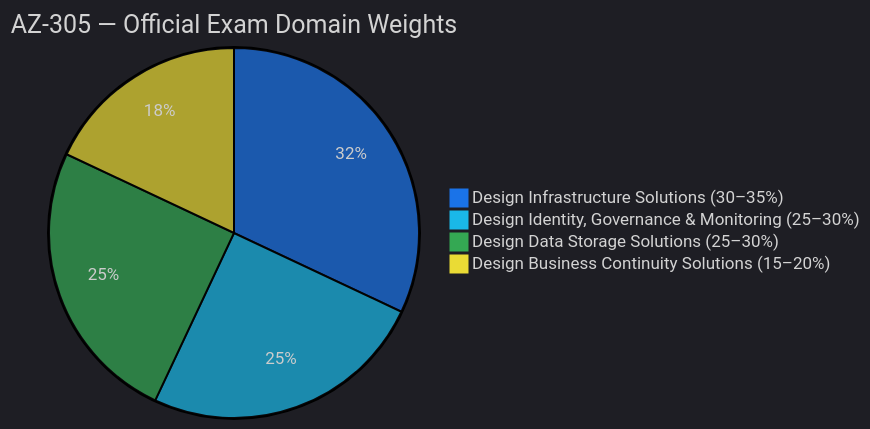
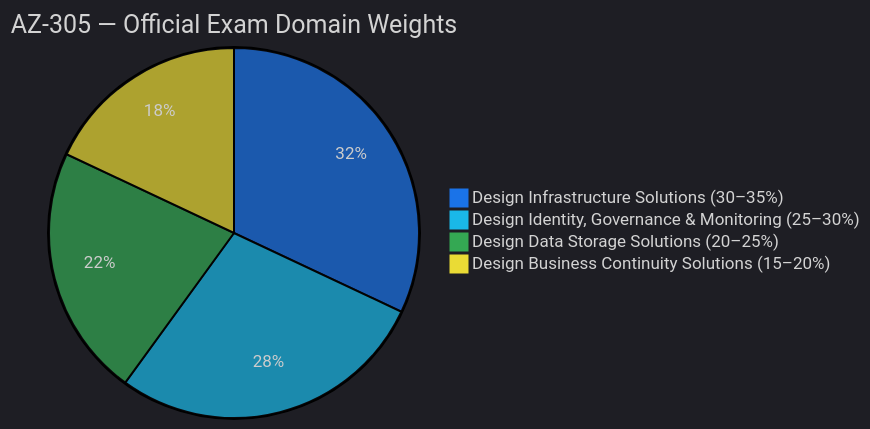
Before and after one commit to marcogrimaldi29/az-305-study-notes: the first of 2 diagrams in index.md, drawn with Mermaid. The commit also changed other lines of this file and 4 other files, not shown here.

````diff
--- a/index.md
+++ b/index.md
@@ -42,8 +42,8 @@
 ```mermaid
 %%{init: {"theme":"dark","themeVariables":{"primaryTextColor":"#ffffff","secondaryTextColor":"#e8eaed","pie1":"#1a73e8","pie2":"#1ab8e8","pie3":"#34a853","pie4":"#eadb35"}}}%%
 pie title AZ-305 — Official Exam Domain Weights
     " Design Infrastructure Solutions (30–35%)" : 32
-    " Design Identity, Governance & Monitoring (25–30%)" : 25
-    " Design Data Storage Solutions (25–30%)" : 25
+    " Design Identity, Governance & Monitoring (25–30%)" : 28
+    " Design Data Storage Solutions (20–25%)" : 22
     " Design Business Continuity Solutions (15–20%)" : 18
 ```
````
